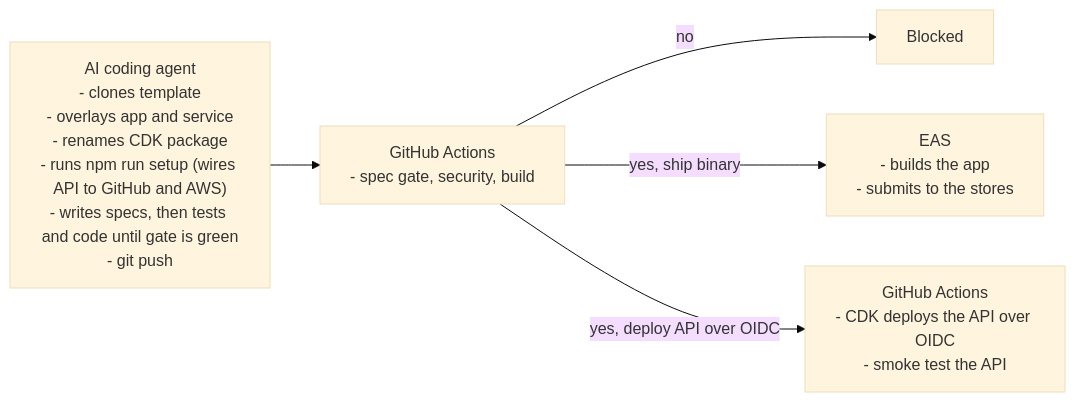
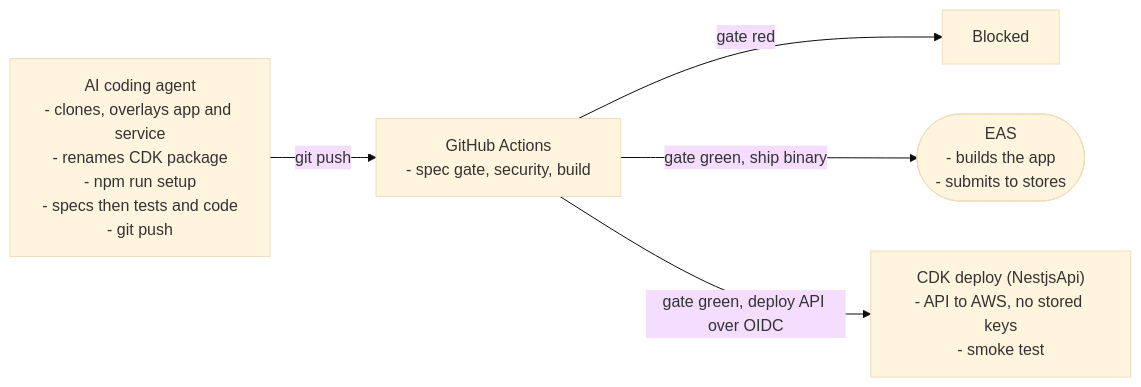
The first of 5 diagrams in README.md (elleskay/mobile-platform), drawn with Mermaid (base theme) before and after one commit. The commit also changed other lines of this file and 66 other files, not shown here.

````diff
--- a/README.md
+++ b/README.md
@@ -97,12 +97,7 @@
 ```mermaid
 flowchart LR
-  Agent["AI coding agent<br/>- clones template<br/>- overlays app and service<br/>- renames CDK package<br/>- runs npm run setup (wires API to GitHub and AWS)<br/>- writes specs, then tests and code until gate is green<br/>- git push"]
-  GH["GitHub Actions<br/>- spec gate, security, build"]
-  Block["Blocked"]
-  EAS["EAS<br/>- builds the app<br/>- submits to the stores"]
-  GHActions["GitHub Actions<br/>- CDK deploys the API over OIDC<br/>- smoke test the API"]
-  Agent --> GH
-  GH -->|no| Block
-  GH -->|"yes, ship binary"| EAS
-  GH -->|"yes, deploy API over OIDC"| GHActions
+  Agent["AI coding agent<br/>- clones, overlays app and service<br/>- renames CDK package<br/>- npm run setup<br/>- specs then tests and code<br/>- git push"] -->|"git push"| GH["GitHub Actions<br/>- spec gate, security, build"]
+  GH -->|"gate red"| Block["Blocked"]
+  GH -->|"gate green, ship binary"| EAS(["EAS<br/>- builds the app<br/>- submits to stores"])
+  GH -->|"gate green, deploy API over OIDC"| Deploy["CDK deploy (NestjsApi)<br/>- API to AWS, no stored keys<br/>- smoke test"]
 ```
````
